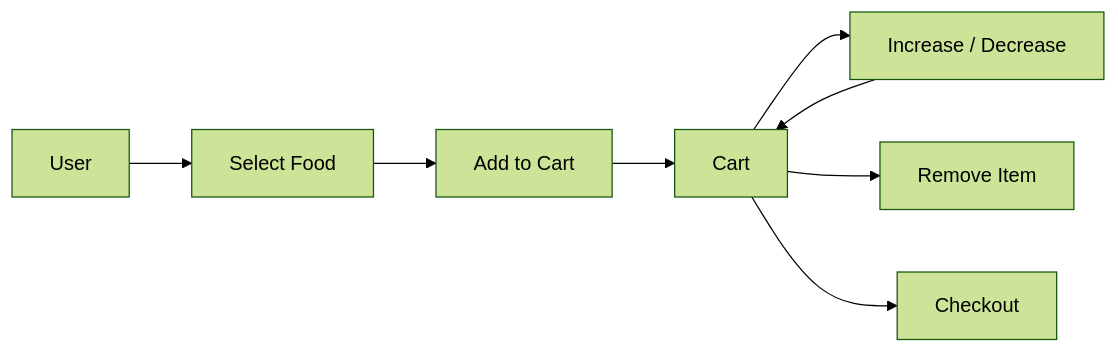
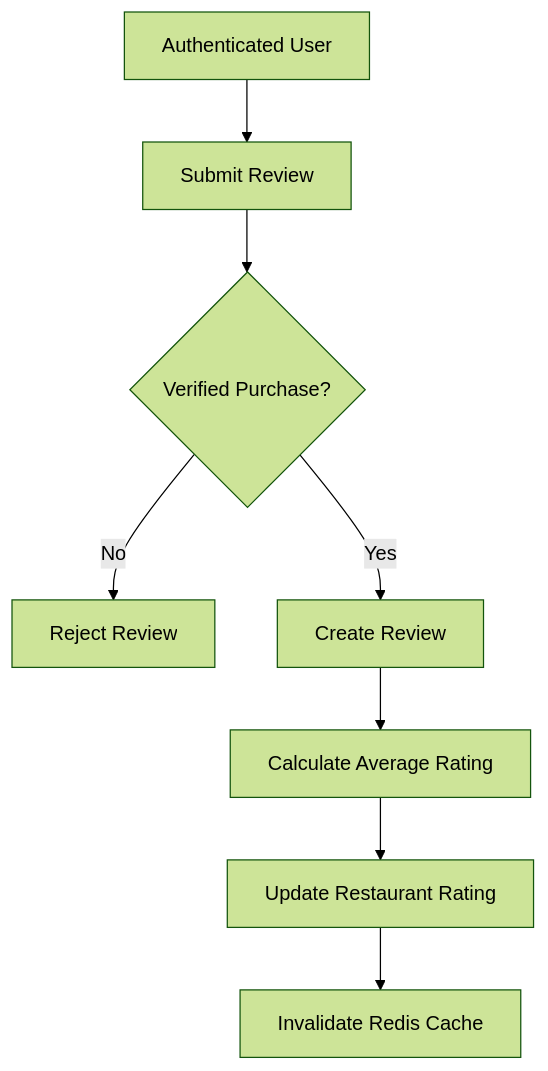
One commit to SathvikHegade/food_delivary_backend changed the ninth of 13 diagrams in README.md. Above: the diagram before and after it, drawn with Mermaid (forest theme). The commit also changed other lines of this file, not shown here.

````diff
--- a/README.md
+++ b/README.md
@@ -161,10 +326,12 @@
 ```mermaid
-flowchart LR
-    A["User"] --> B["Select Food"]
-    B --> C["Add to Cart"]
-    C --> D["Cart"]
-    D --> E["Increase / Decrease"]
-    E --> D
-    D --> F["Remove Item"]
-    D --> G["Checkout"]
+flowchart TD
+    A["Authenticated User"] --> B["Submit Review"]
+    B --> C{"Verified Purchase?"}
+
+    C -->|No| D["Reject Review"]
+    C -->|Yes| E["Create Review"]
+
+    E --> F["Calculate Average Rating"]
+    F --> G["Update Restaurant Rating"]
+    G --> H["Invalidate Redis Cache"]
 ```
````
